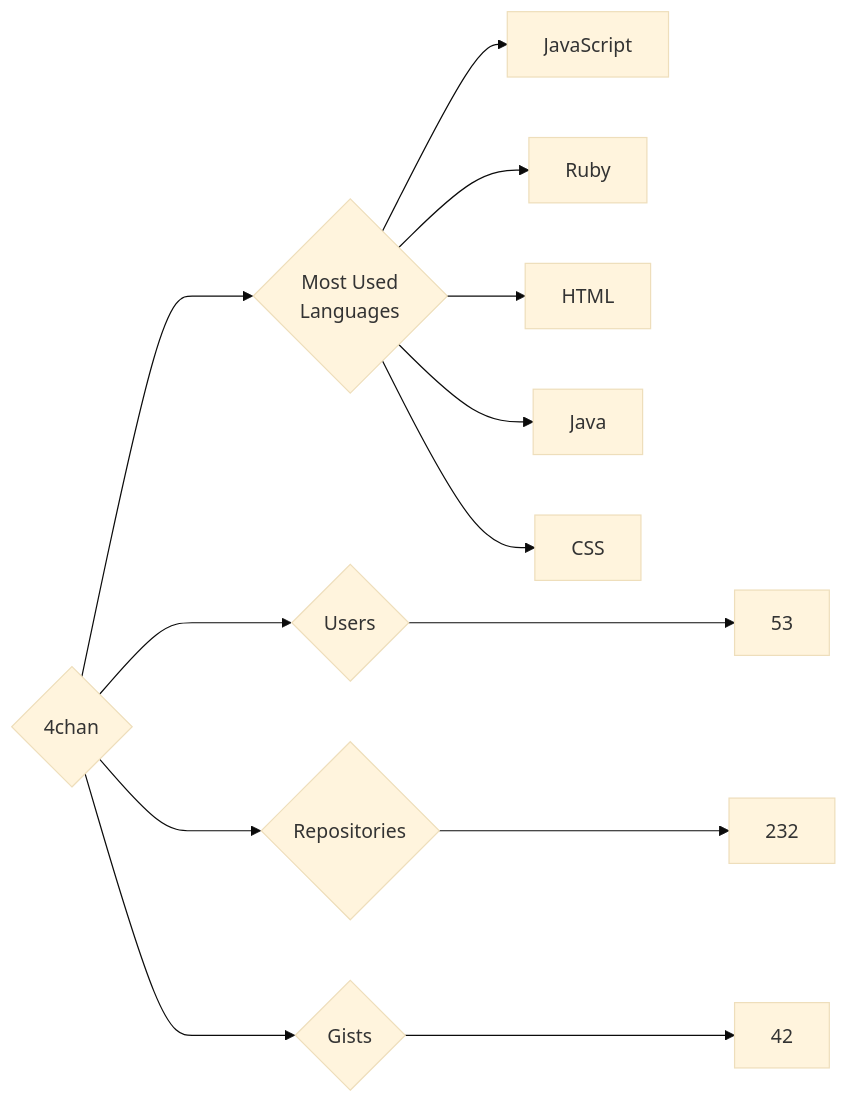
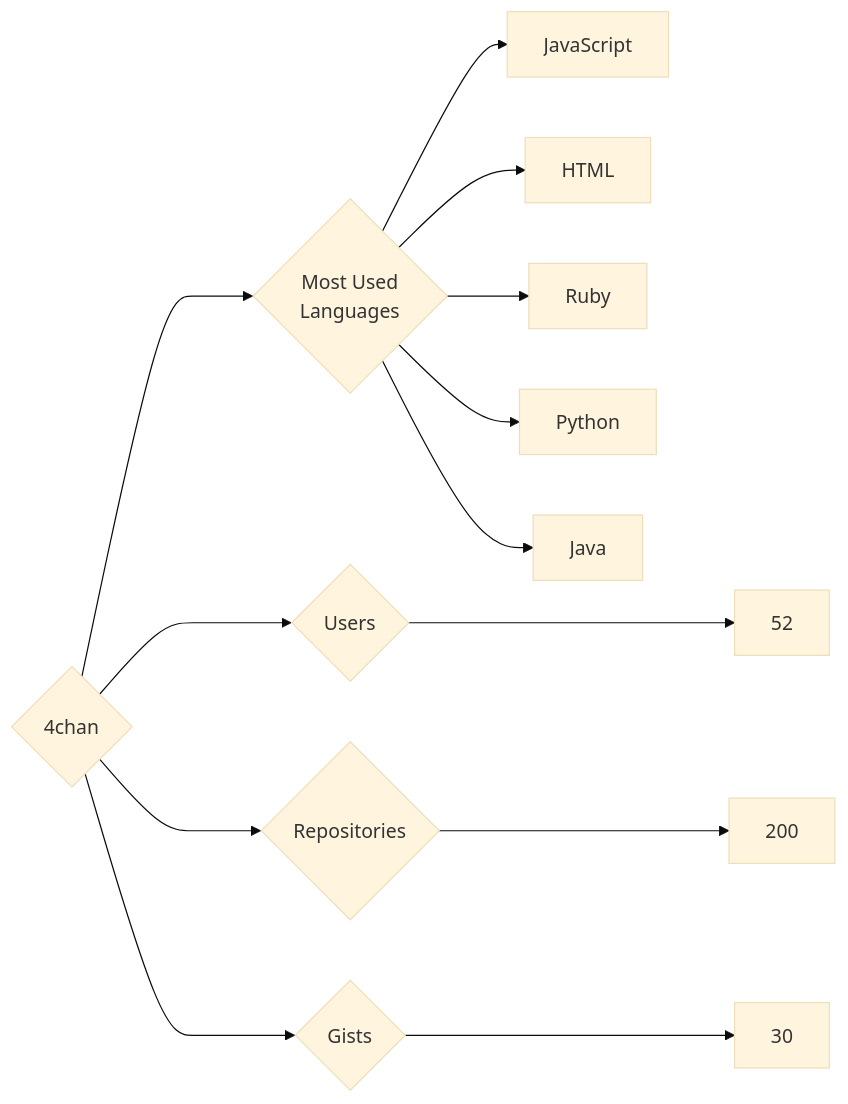
One commit to trickest/insiders changed the diagram in targets/4chan/README.md. Above: the diagram before and after it, drawn with Mermaid (base theme). The commit also changed 611 other files, not shown here.

````diff
--- a/targets/4chan/README.md
+++ b/targets/4chan/README.md
@@ -3,13 +3,13 @@
 ```mermaid
 graph LR
 COMPANY_NAME{4chan}
-COMPANY_NAME ---> U{Users} ---> UN[53]
-COMPANY_NAME ---> R{Repositories} ---> RN[232]
-COMPANY_NAME ---> G{Gists} ---> GN[42]
+COMPANY_NAME ---> U{Users} ---> UN[52]
+COMPANY_NAME ---> R{Repositories} ---> RN[200]
+COMPANY_NAME ---> G{Gists} ---> GN[30]
 COMPANY_NAME ---> ML{Most Used<br>Languages}
 ML --> JavaScript[JavaScript]
+ML --> HTML[HTML]
 ML --> Ruby[Ruby]
-ML --> HTML[HTML]
+ML --> Python[Python]
 ML --> Java[Java]
-ML --> CSS[CSS]
 ```
````
